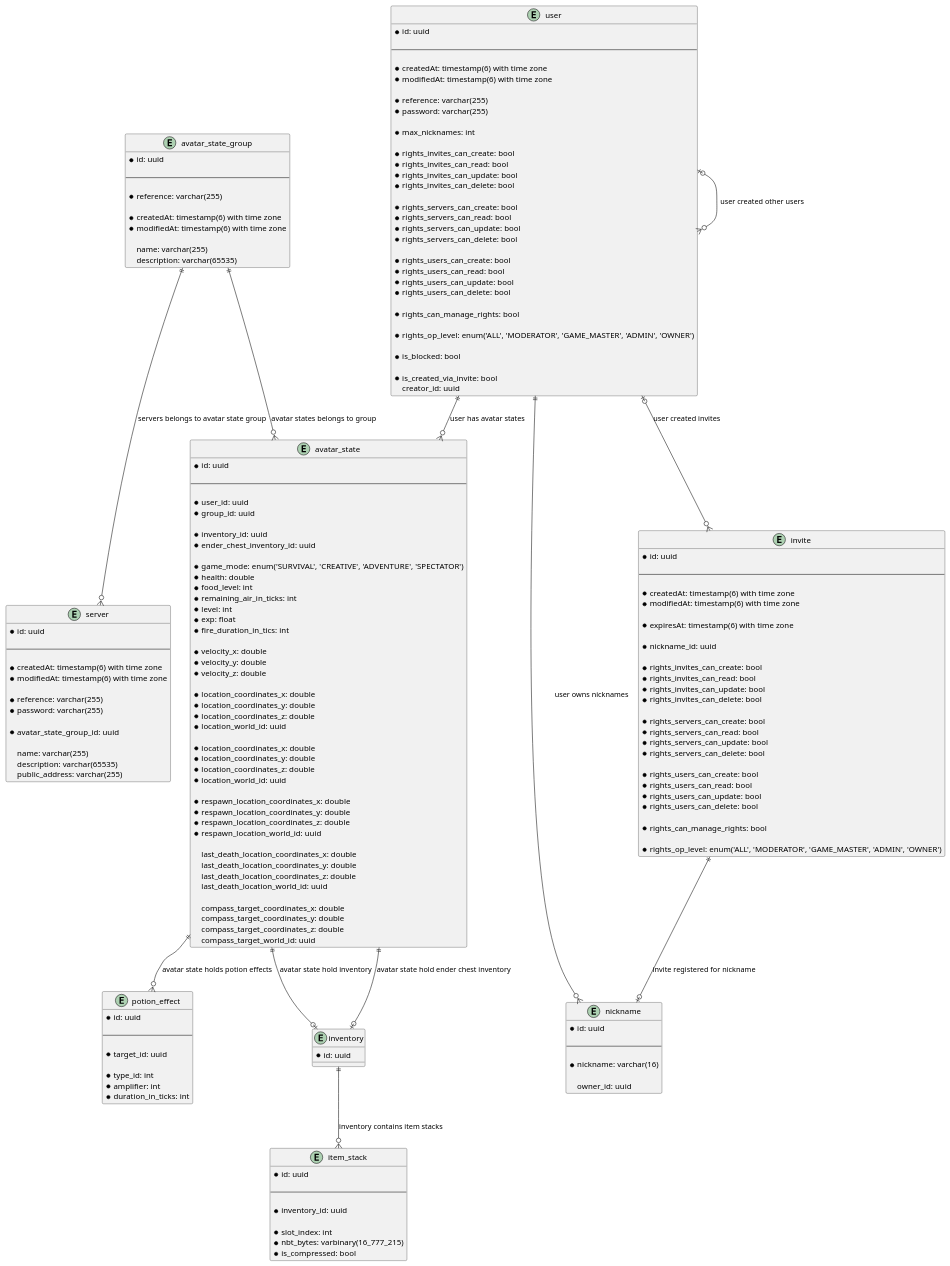
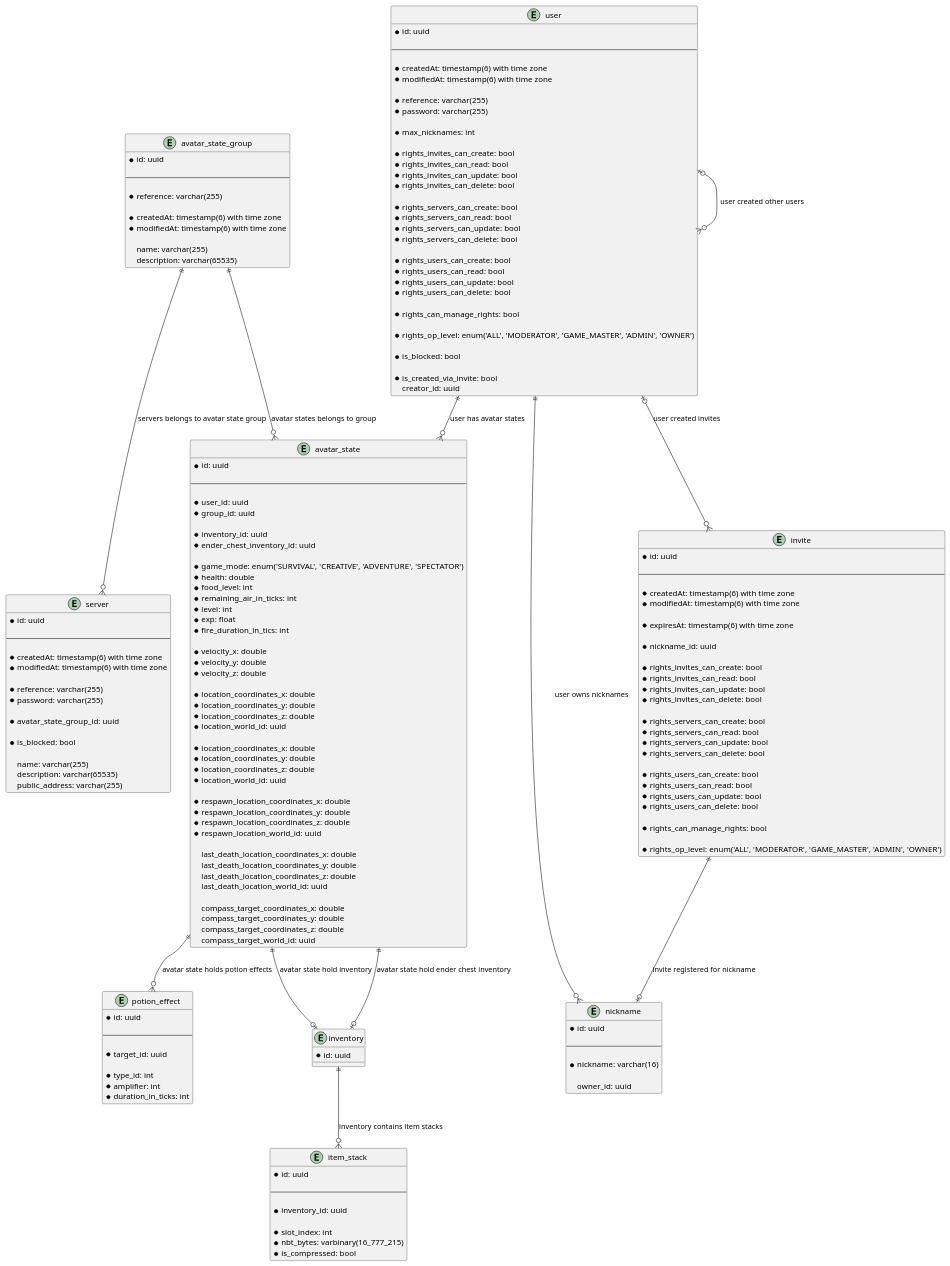
Before and after one commit to Maksim2498/poms: the diagram in server/docs/db.puml, drawn with PlantUML. The commit also changed 3 other files, not shown here.

Commit message:
Updated ER-diagram

```diff
--- a/server/docs/db.puml
+++ b/server/docs/db.puml
@@ -146,6 +146,8 @@
 
     * avatar_state_group_id: uuid
 
+    * is_blocked: bool
+
     name: varchar(255)
     description: varchar(65535)
     public_address: varchar(255)
```
